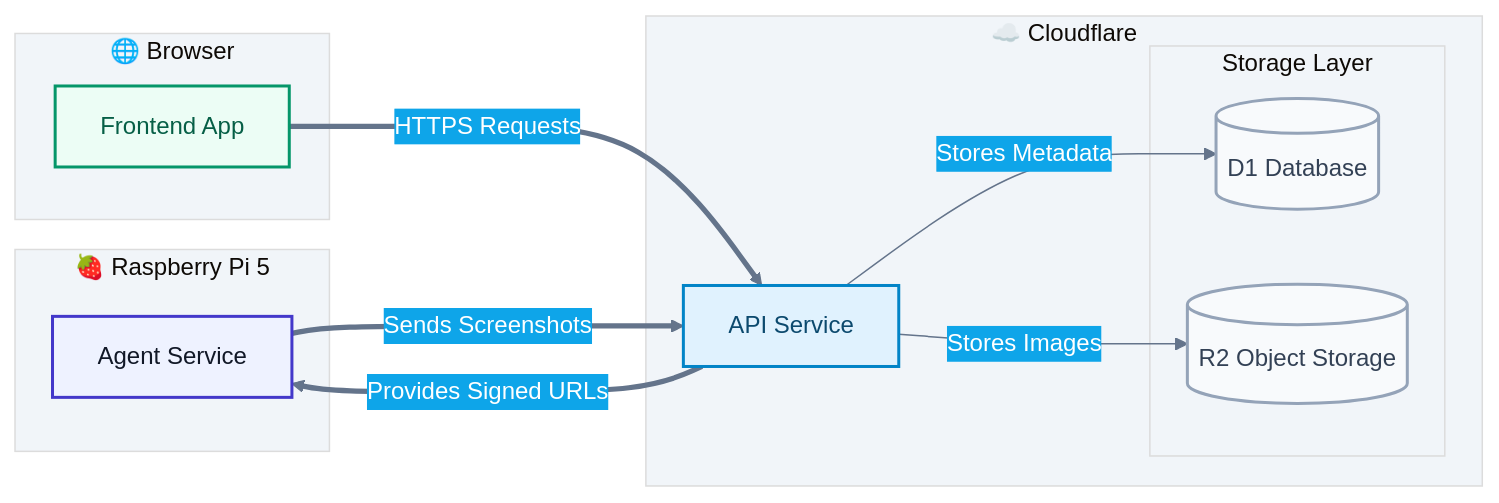
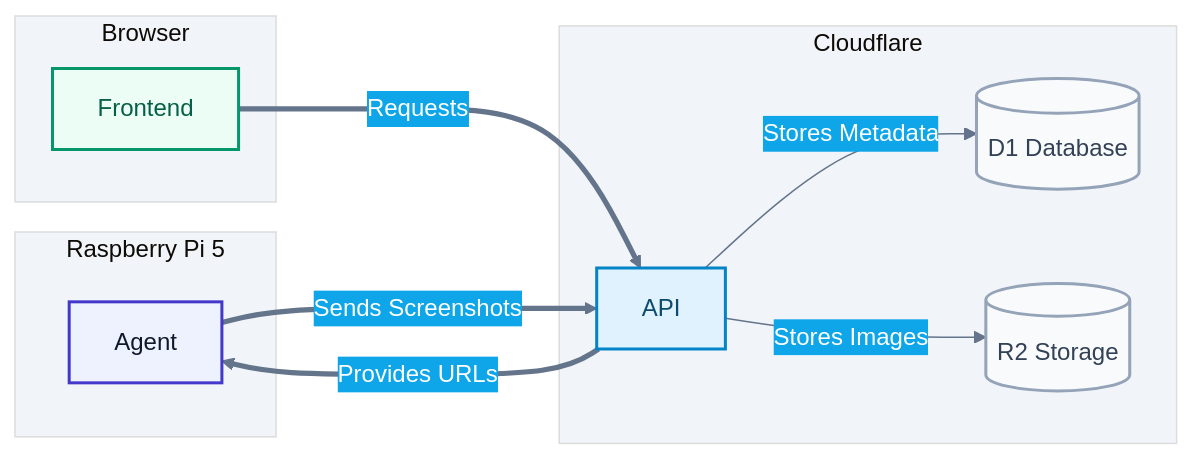
One commit to herol3oy/kiosk24 changed the diagram in README.md. Above: the diagram before and after it, drawn with Mermaid.

````diff
--- a/README.md
+++ b/README.md
@@ -16,51 +16,49 @@
 ```mermaid
 
 %%{init: {
   "theme": "base",
   "themeVariables": {
     "fontFamily": "Inter, Segoe UI, sans-serif",
     "primaryColor": "#4F46E5",
     "primaryTextColor": "#ffffff",
     "primaryBorderColor": "#4338CA",
     "lineColor": "#64748B",
     "secondaryColor": "#0EA5E9",
     "tertiaryColor": "#F1F5F9"
   }
 }}%%
 
 graph LR
 
-    subgraph PI["🍓 Raspberry Pi 5"]
-        Agent["Agent Service"]
+    subgraph PI["Raspberry Pi 5"]
+        Agent["Agent"]
     end
 
-    subgraph CF["☁️ Cloudflare"]
-        API["API Service"]
+    subgraph CF["Cloudflare"]
+        API["API"]
 
-        subgraph Storage["Storage Layer"]
             D1[("D1 Database")]
-            R2[("R2 Object Storage")]
-        end
+            R2[("R2 Storage")]
     end
 
-    subgraph Browser["🌐 Browser"]
-        Web["Frontend App"]
+    subgraph Browser["Browser"]
+        Web["Frontend"]
     end
 
     Agent ==>|Sends Screenshots| API
-    API ==>|Provides Signed URLs| Agent
-    Web ==>|HTTPS Requests| API
+    API ==>|Provides URLs| Agent
+    Web ==>|Requests| API
 
     API -->|Stores Metadata| D1
     API -->|Stores Images| R2
 
     classDef compute fill:#EEF2FF,stroke:#4338CA,stroke-width:2px,color:#111827;
     classDef cloud fill:#E0F2FE,stroke:#0284C7,stroke-width:2px,color:#0C4A6E;
     classDef storage fill:#F8FAFC,stroke:#94A3B8,stroke-width:2px,color:#334155;
     classDef browser fill:#ECFDF5,stroke:#059669,stroke-width:2px,color:#065F46;
 
     class Agent compute;
     class API cloud;
     class D1,R2 storage;
     class Web browser;
 ```
````
